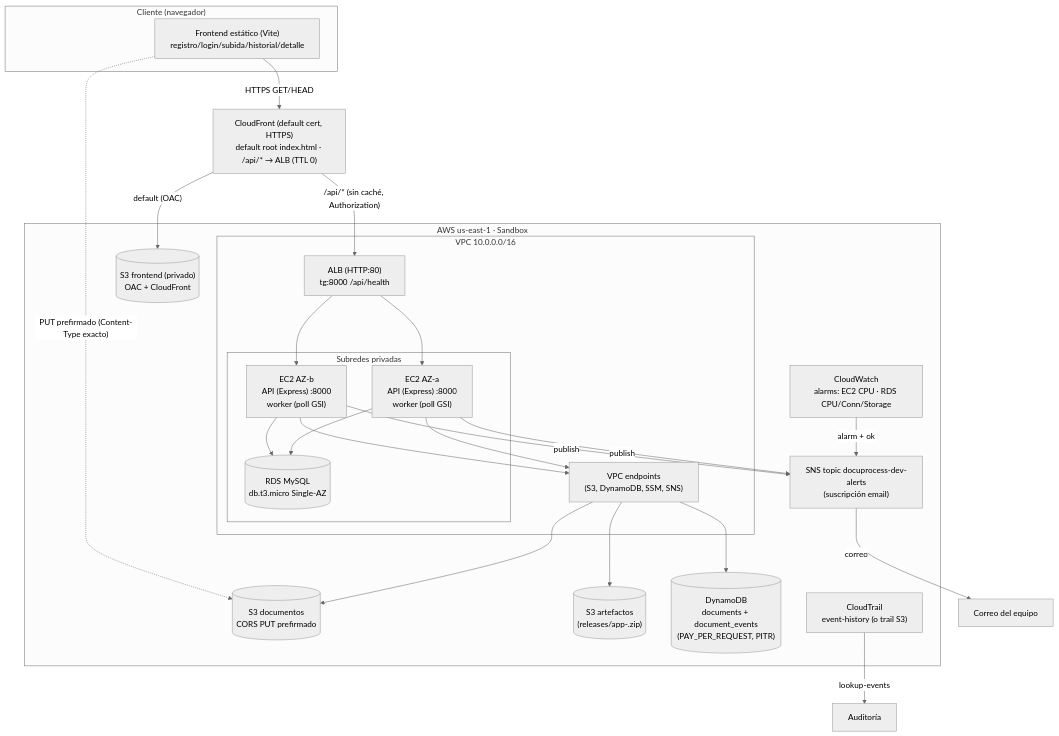
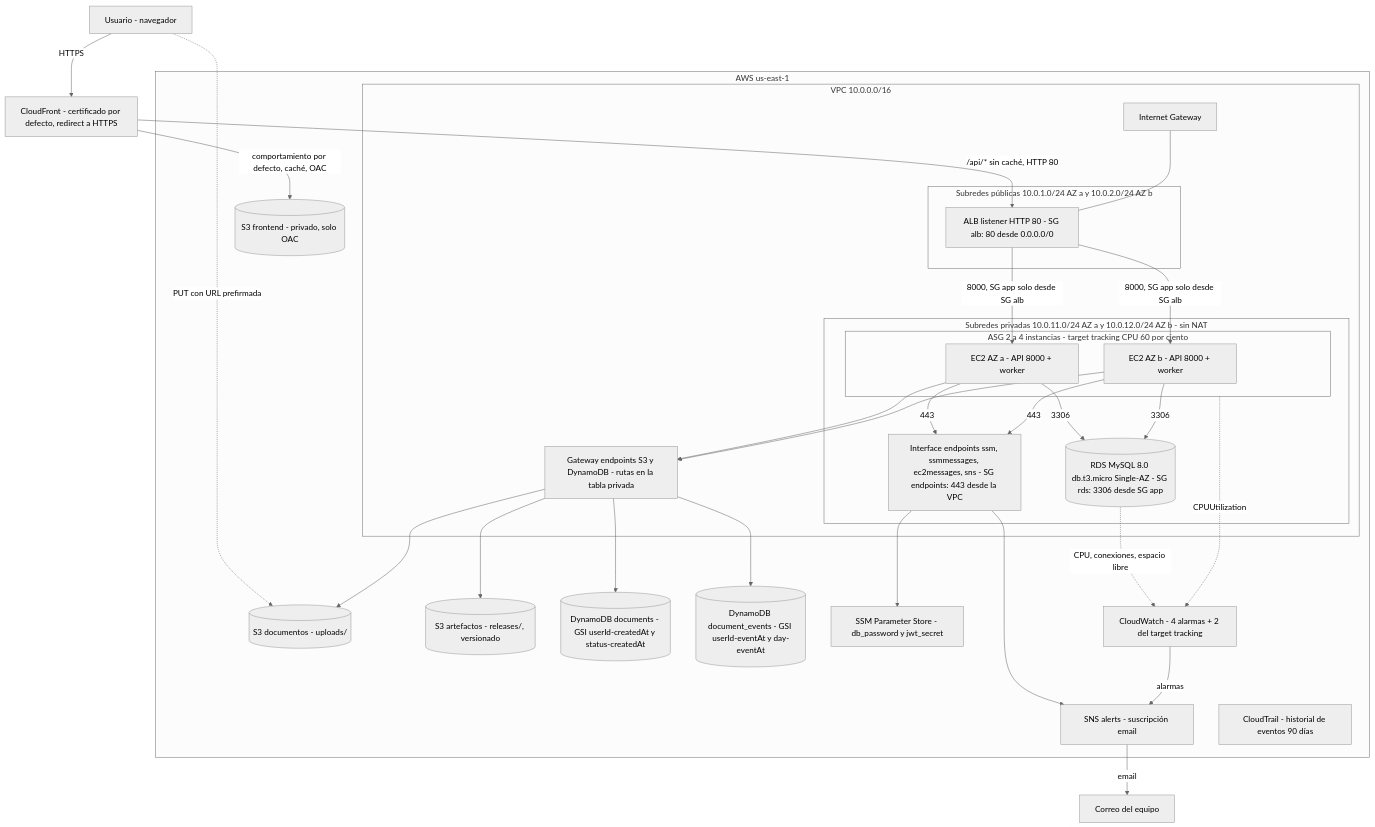
One commit to Alejandroperezgarc1a/docuprocess-cloud changed the first of 3 diagrams in docs/architecture.md. Above: the diagram before and after it, drawn with Mermaid (neutral theme). The commit also changed other lines of this file and 6 other files, not shown here.

First line of the commit message:
docs: restore architecture.md from main and fix DynamoDB transaction note

````diff
--- a/docs/architecture.md
+++ b/docs/architecture.md
@@ -9,41 +17,62 @@
 ```mermaid
 flowchart TB
-    subgraph client["Cliente (navegador)"]
-        fe["Frontend estático (Vite)<br/>registro/login/subida/historial/detalle"]
+    user["Usuario - navegador"]
+    mail["Correo del equipo"]
+
+    cf["CloudFront - certificado por defecto, redirect a HTTPS"]
+
+    subgraph region["AWS us-east-1"]
+        subgraph vpc["VPC 10.0.0.0/16"]
+            igw["Internet Gateway"]
+
+            subgraph pub["Subredes públicas 10.0.1.0/24 AZ a y 10.0.2.0/24 AZ b"]
+                alb["ALB listener HTTP 80 - SG alb: 80 desde 0.0.0.0/0"]
+            end
+
+            subgraph priv["Subredes privadas 10.0.11.0/24 AZ a y 10.0.12.0/24 AZ b - sin NAT"]
+                subgraph asg["ASG 2 a 4 instancias - target tracking CPU 60 por ciento"]
+                    ec2a["EC2 AZ a - API 8000 + worker"]
+                    ec2b["EC2 AZ b - API 8000 + worker"]
+                end
+                rds[("RDS MySQL 8.0 db.t3.micro Single-AZ - SG rds: 3306 desde SG app")]
+                ifep["Interface endpoints ssm, ssmmessages, ec2messages, sns - SG endpoints: 443 desde la VPC"]
+            end
+
+            gwep["Gateway endpoints S3 y DynamoDB - rutas en la tabla privada"]
+        end
+
+        s3front[("S3 frontend - privado, solo OAC")]
+        s3docs[("S3 documentos - uploads/")]
+        s3art[("S3 artefactos - releases/, versionado")]
+        ddbdoc[("DynamoDB documents - GSI userId-createdAt y status-createdAt")]
+        ddbevt[("DynamoDB document_events - GSI userId-eventAt y day-eventAt")]
+        ssmps["SSM Parameter Store - db_password y jwt_secret"]
+        sns["SNS alerts - suscripción email"]
+        cw["CloudWatch - 4 alarmas + 2 del target tracking"]
+        trail["CloudTrail - historial de eventos 90 días"]
     end
 
-    cf["CloudFront (default cert, HTTPS)<br/>default root index.html · /api/* → ALB (TTL 0)"]
-
-    subgraph aws["AWS us-east-1 · Sandbox"]
-        subgraph vpc["VPC 10.0.0.0/16"]
-            alb["ALB (HTTP:80)<br/>tg:8000 /api/health"]
-            subgraph priv["Subredes privadas"]
-                ec2a["EC2 AZ-a<br/>API (Express) :8000<br/>worker (poll GSI)"]
-                ec2b["EC2 AZ-b<br/>API (Express) :8000<br/>worker (poll GSI)"]
-                rds[("RDS MySQL<br/>db.t3.micro Single-AZ")]
-            end
-            ep["VPC endpoints<br/>(S3, DynamoDB, SSM, SNS)"]
-        end
-
-        s3f[("S3 frontend (privado)<br/>OAC + CloudFront")]
-        s3d[("S3 documentos<br/>CORS PUT prefirmado")]
-        s3a[("S3 artefactos<br/>(releases/app-<md5>.zip)")]
-        ddb[("DynamoDB<br/>documents + document_events<br/>(PAY_PER_REQUEST, PITR)")]
-        sns["SNS topic docuprocess-dev-alerts<br/>(suscripción email)"]
-        cw["CloudWatch<br/>alarms: EC2 CPU · RDS CPU/Conn/Storage"]
-        trail["CloudTrail<br/>event-history (o trail S3)"]
-    end
-
-    fe -->|HTTPS GET/HEAD| cf
-    cf -->|"default (OAC)"| s3f
-    cf -->|"/api/* (sin caché, Authorization)"| alb
-    alb --> ec2a & ec2b
-    ec2a & ec2b --> rds
-    ec2a & ec2b --> ep
-    ep --> ddb & s3d & s3a
-    fe -.->|"PUT prefirmado (Content-Type exacto)"| s3d
-    ec2a & ec2b -->|publish| sns
-    cw -->|alarm + ok| sns
-    sns -->|correo| user["Correo del equipo"]
-    trail -->|lookup-events| admin["Auditoría"]
+    user -->|"HTTPS"| cf
+    cf -->|"comportamiento por defecto, caché, OAC"| s3front
+    cf -->|"/api/* sin caché, HTTP 80"| alb
+    user -.->|"PUT con URL prefirmada"| s3docs
+    igw --- alb
+    alb -->|"8000, SG app solo desde SG alb"| ec2a
+    alb -->|"8000, SG app solo desde SG alb"| ec2b
+    ec2a -->|"3306"| rds
+    ec2b -->|"3306"| rds
+    ec2a -->|"443"| ifep
+    ec2b -->|"443"| ifep
+    ec2a --> gwep
+    ec2b --> gwep
+    gwep --> s3docs
+    gwep --> s3art
+    gwep --> ddbdoc
+    gwep --> ddbevt
+    ifep --> ssmps
+    ifep --> sns
+    asg -.->|"CPUUtilization"| cw
+    rds -.->|"CPU, conexiones, espacio libre"| cw
+    cw -->|"alarmas"| sns
+    sns -->|"email"| mail
 ```
````
